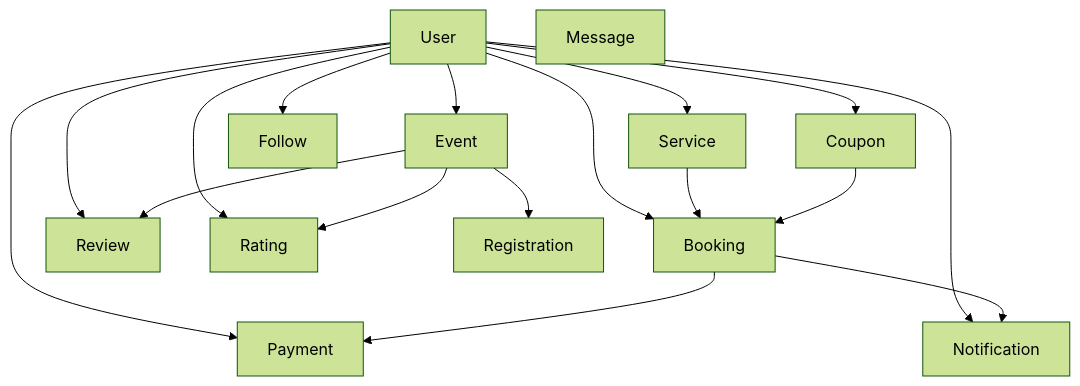
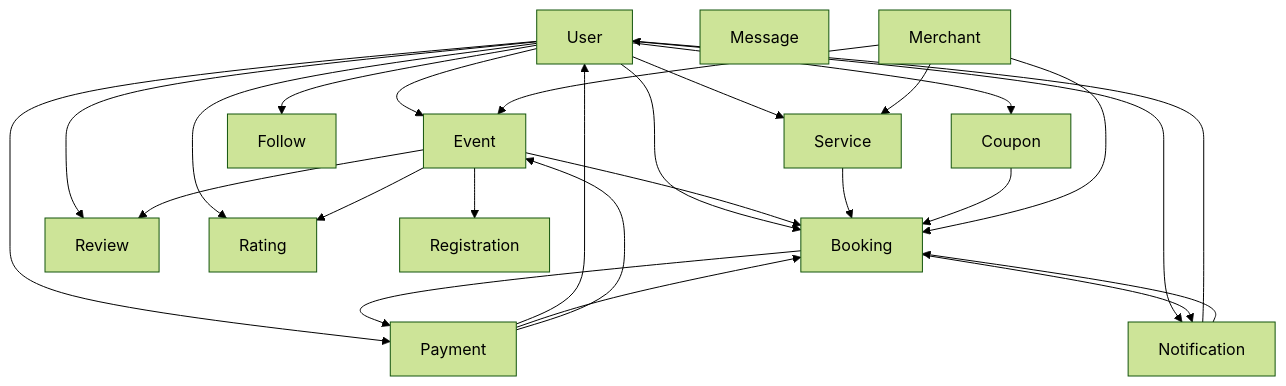
Diagram 13 of 16 in .qoder/repowiki/en/content/Database Design/Database Design.md (meghanamallela69-tech/event), drawn with Mermaid (forest theme) before and after one commit. The commit also changed other lines of this file and 63 other files, not shown here.

````diff
--- a/.qoder/repowiki/en/content/Database Design/Database Design.md
+++ b/.qoder/repowiki/en/content/Database Design/Database Design.md
@@ -627,31 +615,41 @@
 ```mermaid
 graph TB
 USER["User"]
 EVENT["Event"]
 BOOKING["Booking"]
 SERVICE["Service"]
 COUPON["Coupon"]
 FOLLOW["Follow"]
 REVIEW["Review"]
 RATING["Rating"]
 NOTIFICATION["Notification"]
 PAYMENT["Payment"]
 REG["Registration"]
 MSG["Message"]
+MERCHANT["Merchant"]
 USER --> EVENT
 USER --> SERVICE
 USER --> BOOKING
 USER --> COUPON
 USER --> REVIEW
 USER --> RATING
 USER --> NOTIFICATION
 USER --> PAYMENT
 USER --> FOLLOW
 EVENT --> REVIEW
 EVENT --> RATING
 EVENT --> REG
+EVENT --> BOOKING
 BOOKING --> PAYMENT
 BOOKING --> NOTIFICATION
 SERVICE --> BOOKING
 COUPON --> BOOKING
+NOTIFICATION --> USER
+NOTIFICATION --> BOOKING
+PAYMENT --> USER
+PAYMENT --> BOOKING
+PAYMENT --> EVENT
+MERCHANT --> EVENT
+MERCHANT --> SERVICE
+MERCHANT --> BOOKING
 ```
````
